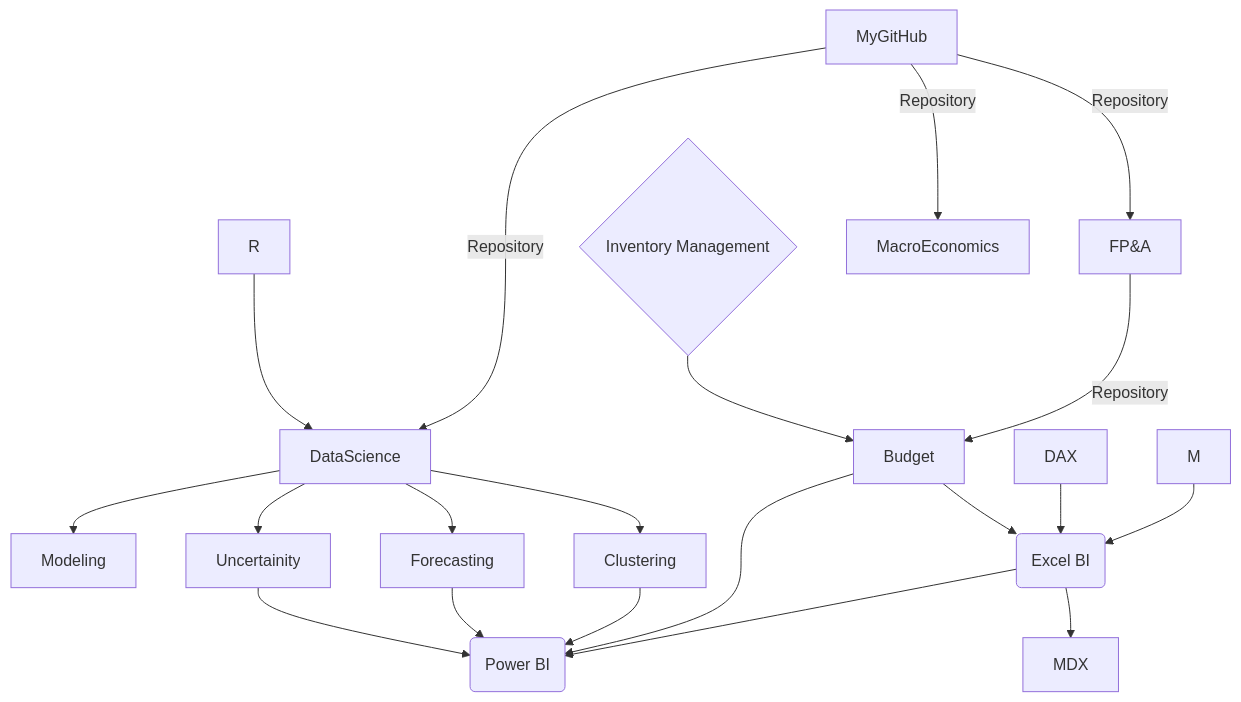
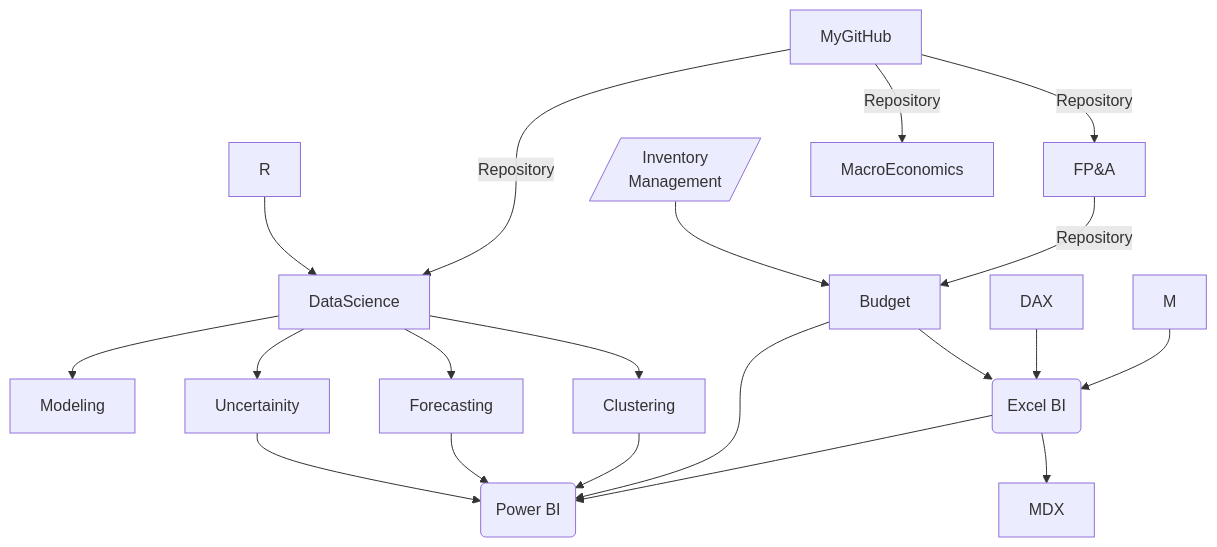
One commit to md3629/md3629 changed the diagram in README.md. Above: the diagram before and after it, drawn with Mermaid.

````diff
--- a/README.md
+++ b/README.md
@@ -9,22 +9,22 @@
 ```mermaid
 graph TD;
     MyGitHub-->|Repository|FP&A;
-    Inv{Inventory Management}-->Budget;
+    Inv[/Inventory<br>Management/]-->Budget;
     FP&A-->|Repository|Budget;
     R-->DataScience;
     MyGitHub-->|Repository|DataScience;
     MyGitHub-->|Repository|MacroEconomics;
     DataScience-->Modeling;
     DataScience-->Forecasting;
     DataScience-->Clustering;
     DataScience-->Uncertainity;
     Uncertainity-->P(Power BI);
     Forecasting-->P(Power BI);
     Clustering-->P(Power BI);
     Budget-->P(Power BI);
     Budget-->E(Excel BI);
     DAX-->E(Excel BI);
     M-->E(Excel BI);
     E(Excel BI)-->P(Power BI);
     E(Excel BI)-->MDX;
 ```
````
